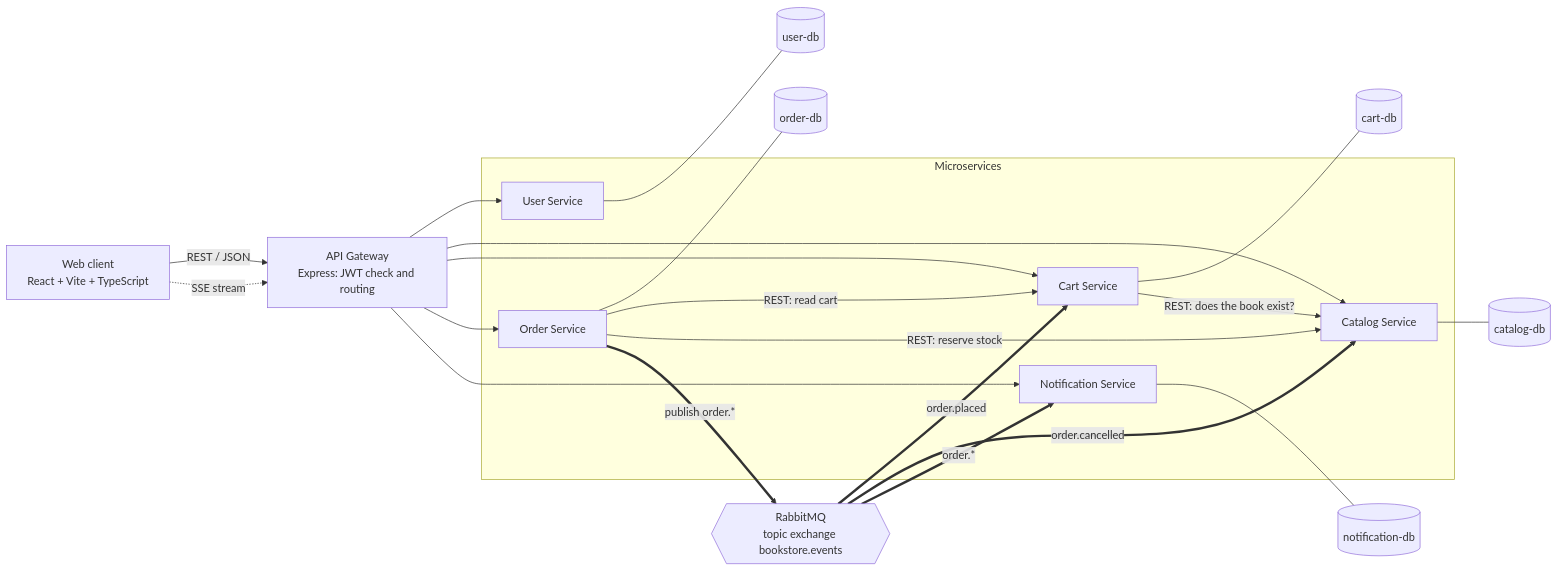
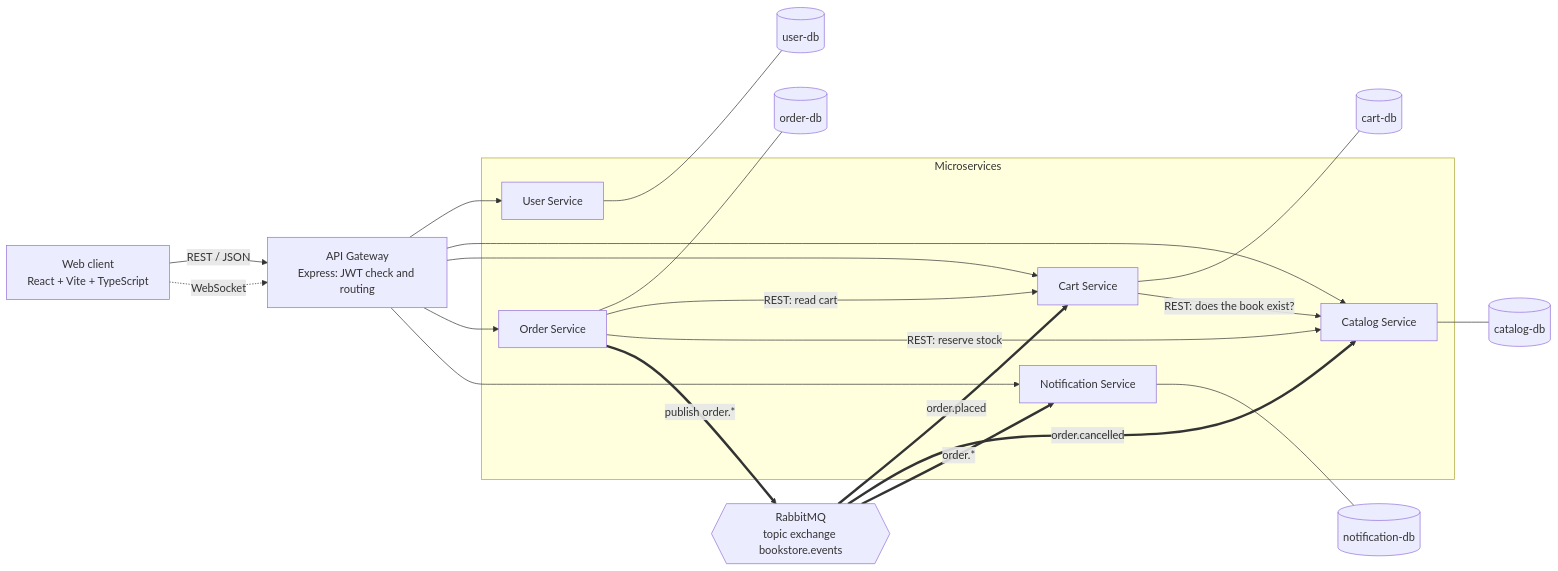
Before and after one commit to karansengar1/online-bookstore-microservices: the diagram in project/docs/diagrams/architecture.mmd, drawn with Mermaid. The commit also changed 13 other files, not shown here.

Commit message:
Update documentation: WebSocket, new overview, diagrams

```diff
--- a/project/docs/diagrams/architecture.mmd
+++ b/project/docs/diagrams/architecture.mmd
@@ -1,36 +1,36 @@
 flowchart LR
   Browser["Web client<br/>React + Vite + TypeScript"]
   GW["API Gateway<br/>Express: JWT check and routing"]
   subgraph svc ["Microservices"]
     US["User Service"]
     CS["Catalog Service"]
     CRT["Cart Service"]
     OS["Order Service"]
     NS["Notification Service"]
   end
   MQ{{"RabbitMQ<br/>topic exchange bookstore.events"}}
   UDB[("user-db")]
   CDB[("catalog-db")]
   RDB[("cart-db")]
   ODB[("order-db")]
   NDB[("notification-db")]
 
   Browser -->|"REST / JSON"| GW
-  Browser -.->|"SSE stream"| GW
+  Browser -.->|"WebSocket"| GW
   GW --> US
   GW --> CS
   GW --> CRT
   GW --> OS
   GW --> NS
   US --- UDB
   CS --- CDB
   CRT --- RDB
   OS --- ODB
   NS --- NDB
   CRT -->|"REST: does the book exist?"| CS
   OS -->|"REST: read cart"| CRT
   OS -->|"REST: reserve stock"| CS
   OS ==>|"publish order.*"| MQ
   MQ ==>|"order.placed"| CRT
   MQ ==>|"order.cancelled"| CS
   MQ ==>|"order.*"| NS
```
